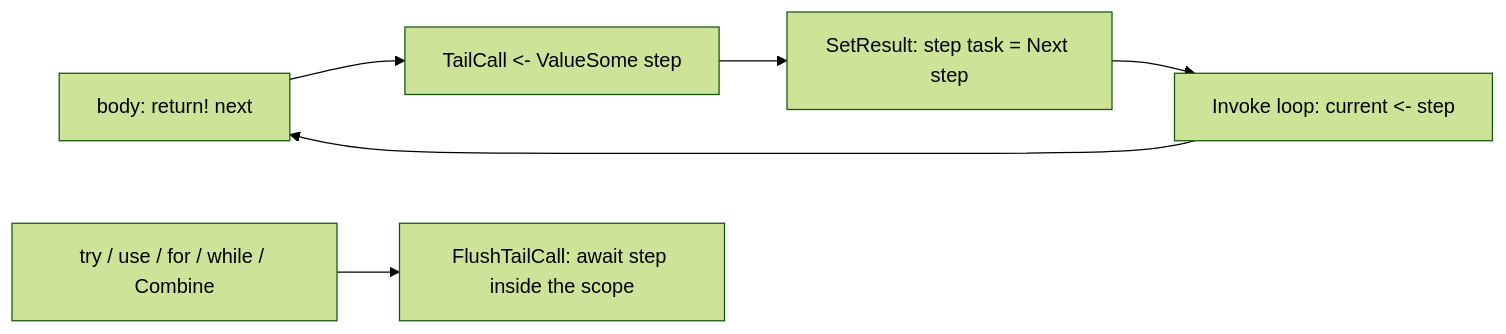
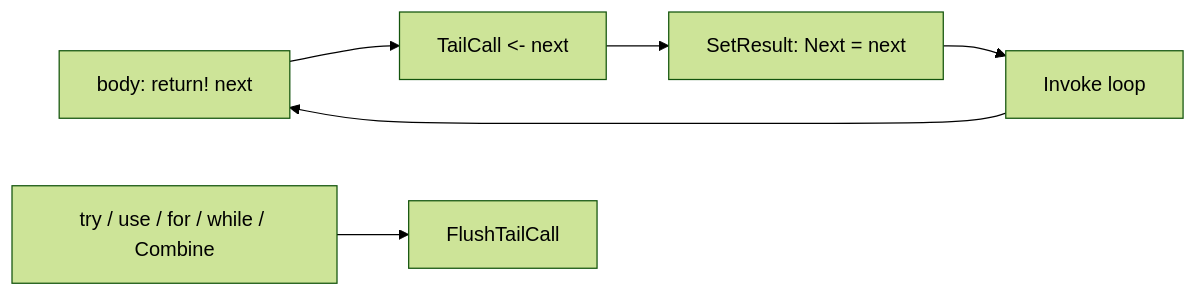
The diagram in lode/builders/tail-recursive-cancellable-task.md (TheAngryByrd/IcedTasks), drawn with Mermaid (forest theme) before and after one commit. The commit also changed other lines of this file and 7 other files, not shown here.

First line of the commit message:
Trim the docs, ADR, lode entry, and XML comments of tailRecursiveCancellableTask

````diff
--- a/lode/builders/tail-recursive-cancellable-task.md
+++ b/lode/builders/tail-recursive-cancellable-task.md
@@ -25,8 +19,8 @@
 ```mermaid
 flowchart LR
-    body["body: return! next"] --> slot["TailCall <- ValueSome step"]
-    slot --> fin["SetResult: step task = Next step"]
-    fin --> drive["Invoke loop: current <- step"]
+    body["body: return! next"] --> slot["TailCall <- next"]
+    slot --> fin["SetResult: Next = next"]
+    fin --> drive["Invoke loop"]
     drive --> body
-    scope["try / use / for / while / Combine"] --> flush["FlushTailCall: await step inside the scope"]
+    scope["try / use / for / while / Combine"] --> flush["FlushTailCall"]
 ```
````
